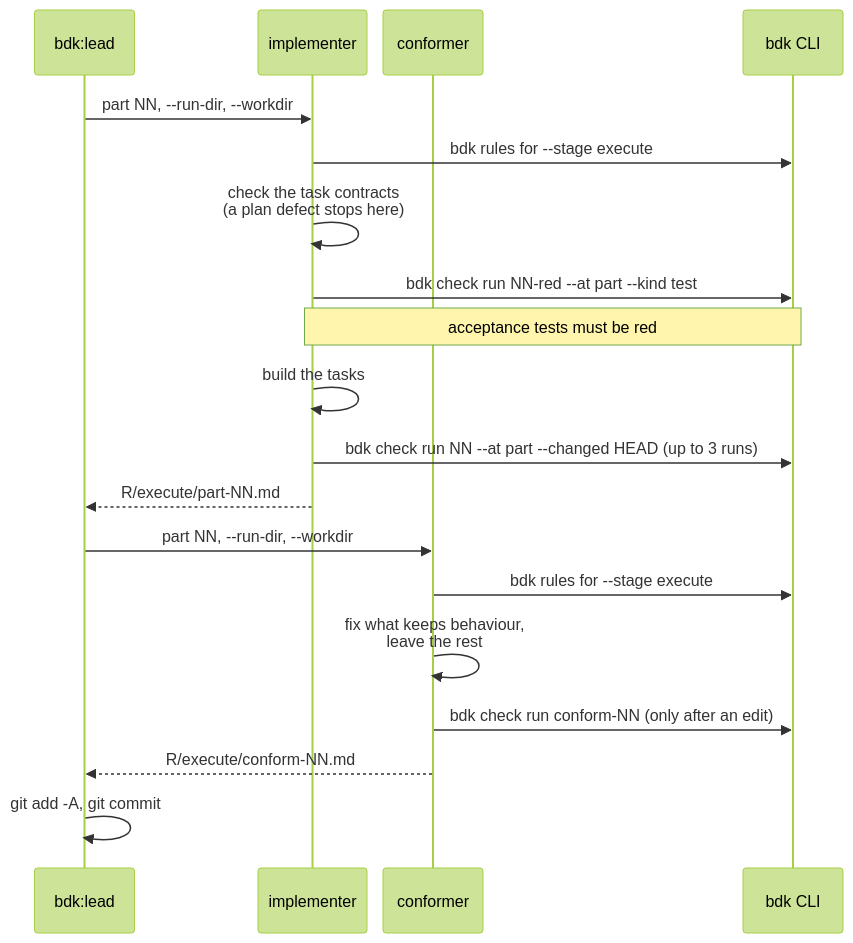
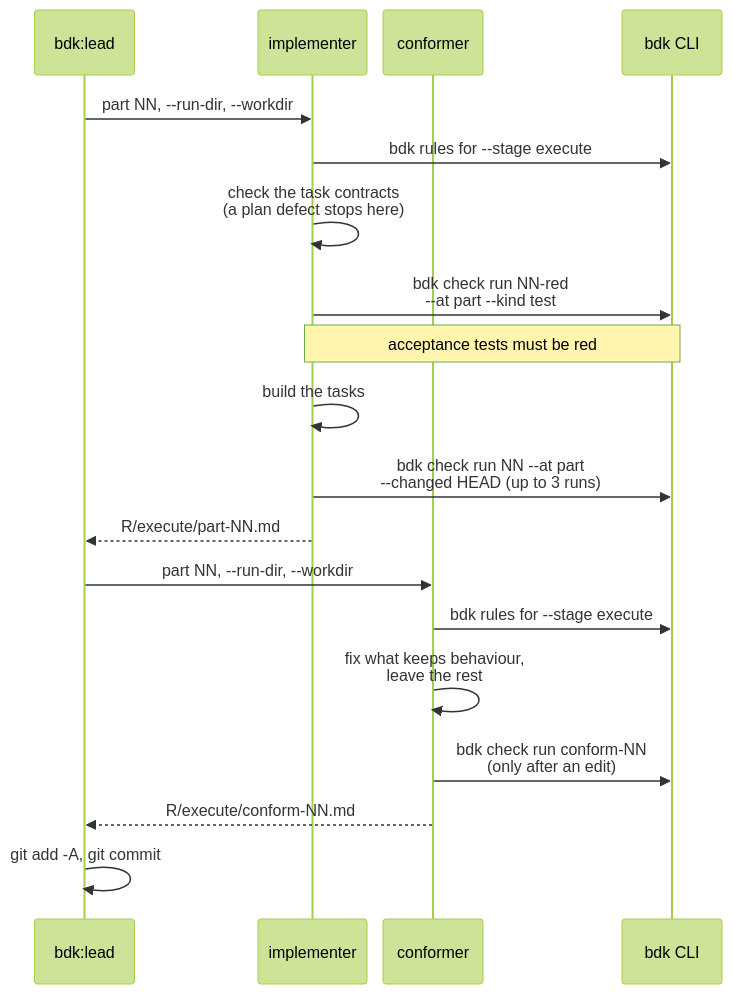
One commit to broneq/bdk changed the ninth of 15 diagrams in docs/concepts/orchestrators.md. Above: the diagram before and after it, drawn with Mermaid (forest theme). The commit also changed other lines of this file and 10 other files, not shown here.

First line of the commit message:
fix(docs): keep sequence diagram names whole

````diff
--- a/docs/concepts/orchestrators.md
+++ b/docs/concepts/orchestrators.md
@@ -175,22 +175,22 @@
 ```mermaid
 %%{init: {"sequence": {"actorMargin": 16, "width": 100}}}%%
 sequenceDiagram
   participant L as bdk:lead
   participant I as implementer
   participant F as conformer
   participant B as bdk CLI
   L->>I: part NN, --run-dir, --workdir
   I->>B: bdk rules for --stage execute
   I->>I: check the task contracts<br/>(a plan defect stops here)
-  I->>B: bdk check run NN-red --at part --kind test
+  I->>B: bdk check run NN-red<br/>--at part --kind test
   Note over I,B: acceptance tests must be red
   I->>I: build the tasks
-  I->>B: bdk check run NN --at part --changed HEAD (up to 3 runs)
+  I->>B: bdk check run NN --at part<br/>--changed HEAD (up to 3 runs)
   I-->>L: R/execute/part-NN.md
   L->>F: part NN, --run-dir, --workdir
   F->>B: bdk rules for --stage execute
   F->>F: fix what keeps behaviour,<br/>leave the rest
-  F->>B: bdk check run conform-NN (only after an edit)
+  F->>B: bdk check run conform-NN<br/>(only after an edit)
   F-->>L: R/execute/conform-NN.md
   L->>L: git add -A, git commit
 ```
````
